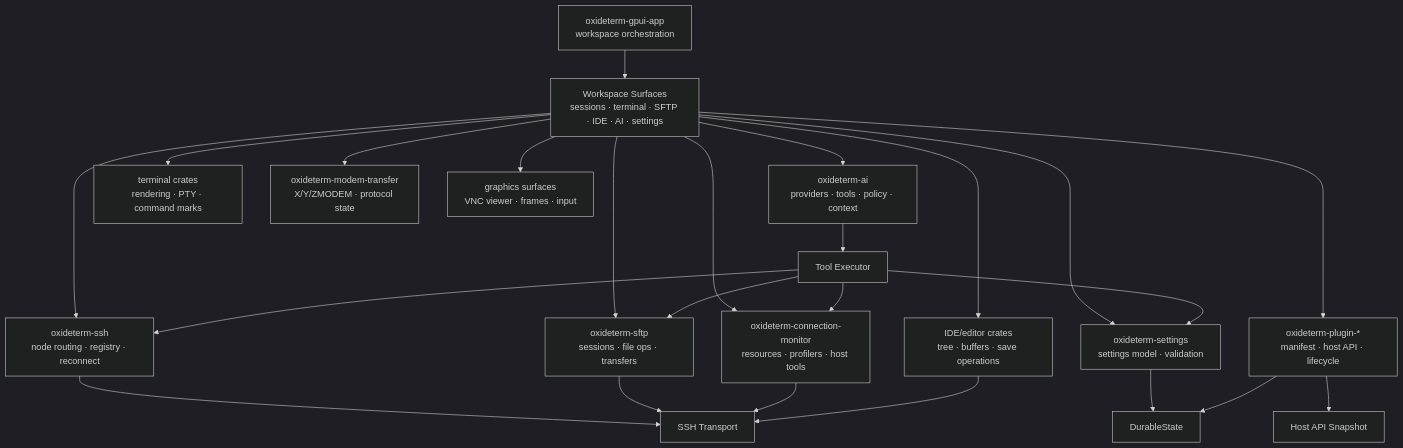
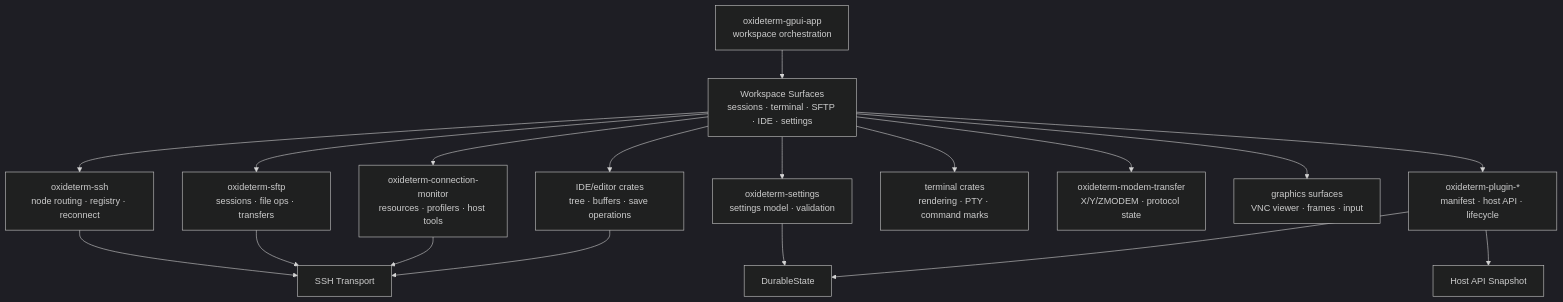
The sixth of 12 diagrams in docs/user-guide/en/architecture.md (imeilige/oxideterm), drawn with Mermaid (dark theme) before and after one commit. The commit also changed other lines of this file and 339 other files, not shown here.

Commit message:
v2.2.8: Remove the AI feature: sidebar, inline panel, settings page, tools and skills

````diff
--- a/docs/user-guide/en/architecture.md
+++ b/docs/user-guide/en/architecture.md
@@ -1043,28 +951,22 @@
 ```mermaid
 flowchart TB
-    Workspace["oxideterm-gpui-app<br/>workspace orchestration"] --> AppSurfaces["Workspace Surfaces<br/>sessions · terminal · SFTP · IDE · AI · settings"]
+    Workspace["oxideterm-gpui-app<br/>workspace orchestration"] --> AppSurfaces["Workspace Surfaces<br/>sessions · terminal · SFTP · IDE · settings"]
 
     AppSurfaces --> SshDomain["oxideterm-ssh<br/>node routing · registry · reconnect"]
     AppSurfaces --> SftpDomain["oxideterm-sftp<br/>sessions · file ops · transfers"]
     AppSurfaces --> MonitorDomain["oxideterm-connection-monitor<br/>resources · profilers · host tools"]
-    AppSurfaces --> AiDomain["oxideterm-ai<br/>providers · tools · policy · context"]
     AppSurfaces --> SettingsDomain["oxideterm-settings<br/>settings model · validation"]
     AppSurfaces --> PluginDomain["oxideterm-plugin-*<br/>manifest · host API · lifecycle"]
     AppSurfaces --> TerminalDomain["terminal crates<br/>rendering · PTY · command marks"]
     AppSurfaces --> ModemDomain["oxideterm-modem-transfer<br/>X/Y/ZMODEM · protocol state"]
     AppSurfaces --> GraphicsDomain["graphics surfaces<br/>VNC viewer · frames · input"]
     AppSurfaces --> IdeDomain["IDE/editor crates<br/>tree · buffers · save operations"]
 
     SshDomain --> SshTransport["SSH Transport"]
     SftpDomain --> SshTransport
     MonitorDomain --> SshTransport
     IdeDomain --> SshTransport
     PluginDomain --> HostApi["Host API Snapshot"]
-    AiDomain --> ToolExecutor["Tool Executor"]
-    ToolExecutor --> SshDomain
-    ToolExecutor --> SftpDomain
-    ToolExecutor --> MonitorDomain
-    ToolExecutor --> SettingsDomain
     SettingsDomain --> DurableState
     PluginDomain --> DurableState
 ```
````
